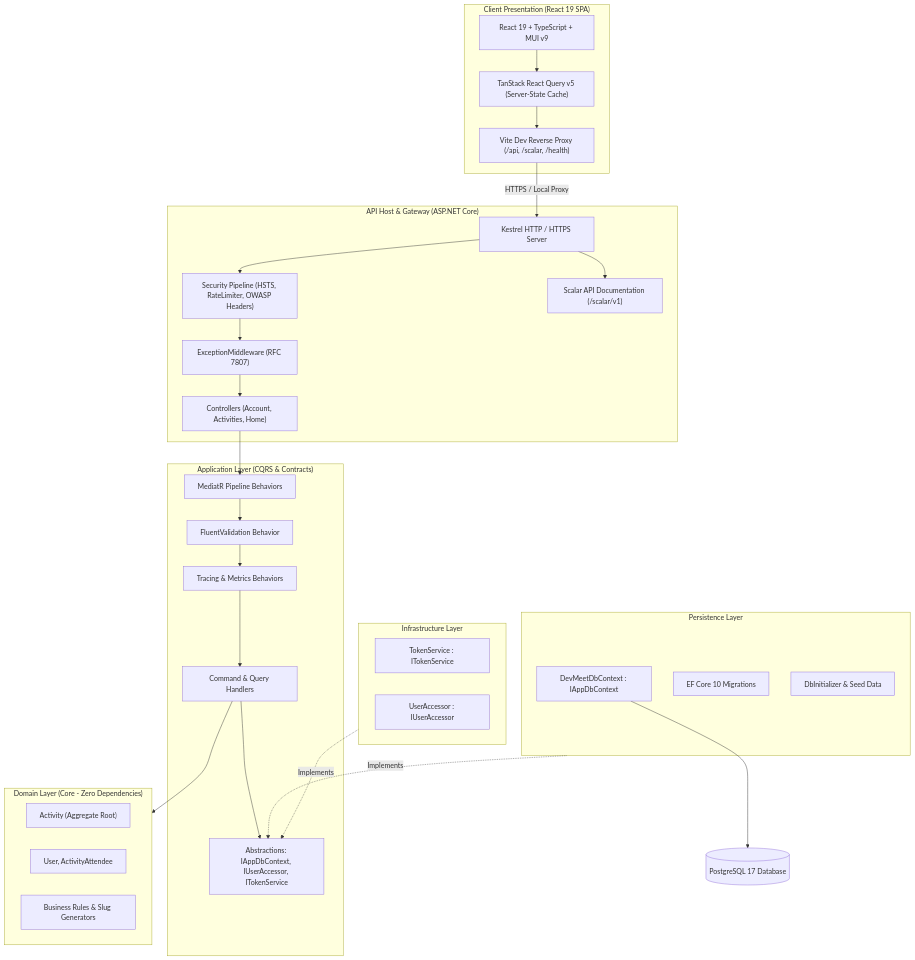
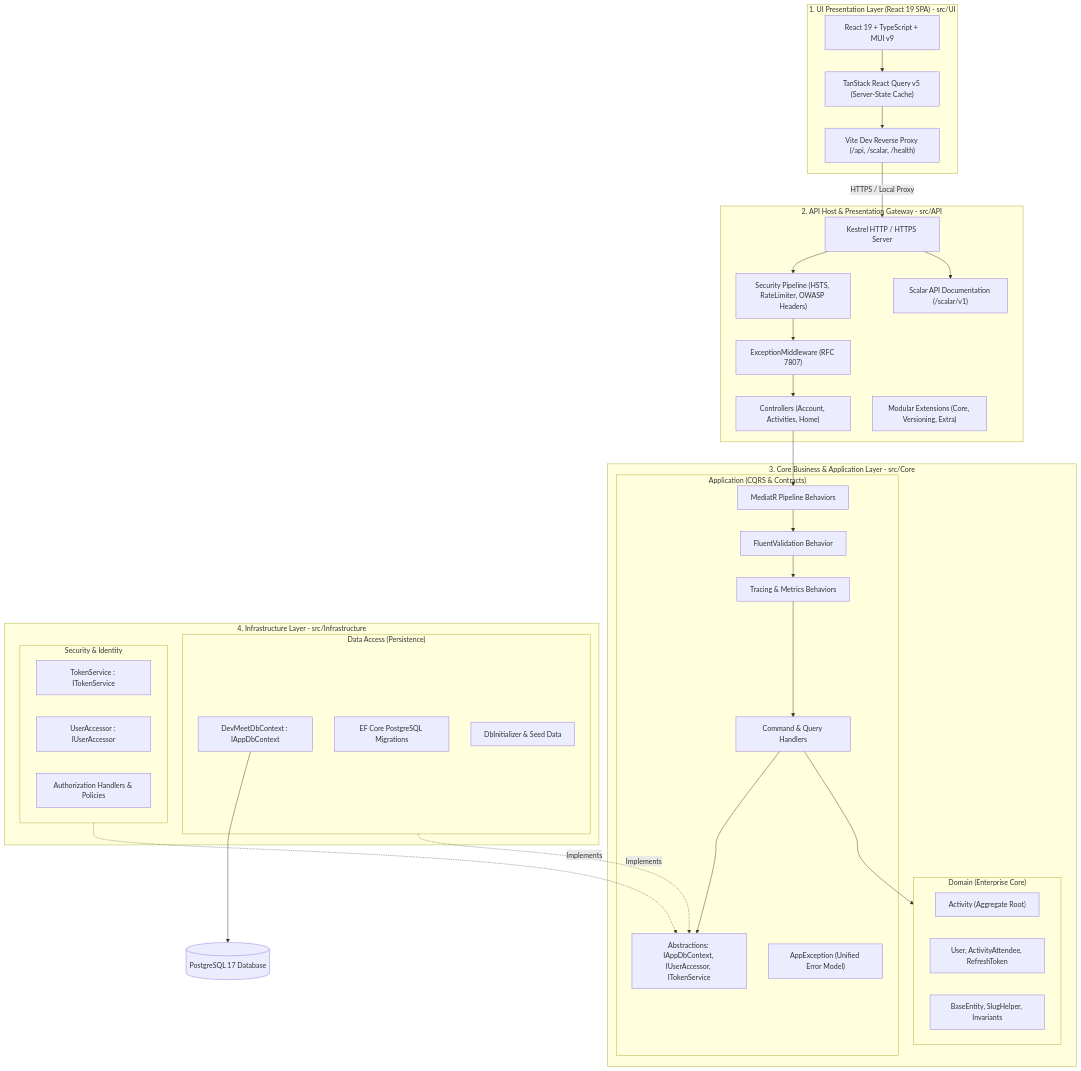
One commit to ahmed-Basal/Event-Hub changed the first of 7 diagrams in ARCHITECTURE.md. Above: the diagram before and after it, drawn with Mermaid. The commit also changed other lines of this file and 2 other files, not shown here.

Commit message:
docs: update README, ARCHITECTURE.md, and UI documentation for 4-layer architecture

````diff
--- a/ARCHITECTURE.md
+++ b/ARCHITECTURE.md
@@ -55,57 +54,61 @@
 ```mermaid
 graph TD
-    subgraph ClientLayer ["Client Presentation (React 19 SPA)"]
+    subgraph UILayer ["1. UI Presentation Layer (React 19 SPA) - src/UI"]
         SPA["React 19 + TypeScript + MUI v9"]
         TanStack["TanStack React Query v5 (Server-State Cache)"]
         ViteProxy["Vite Dev Reverse Proxy (/api, /scalar, /health)"]
         SPA --> TanStack --> ViteProxy
     end
 
-    subgraph APILayer ["API Host & Gateway (ASP.NET Core)"]
+    subgraph APILayer ["2. API Host & Presentation Gateway - src/API"]
         Kestrel["Kestrel HTTP / HTTPS Server"]
         SecurityMW["Security Pipeline (HSTS, RateLimiter, OWASP Headers)"]
         ExceptionMW["ExceptionMiddleware (RFC 7807)"]
         Controllers["Controllers (Account, Activities, Home)"]
+        ApiConfigs["Modular Extensions (Core, Versioning, Extra)"]
         ScalarDocs["Scalar API Documentation (/scalar/v1)"]
         
         Kestrel --> SecurityMW --> ExceptionMW --> Controllers
         Kestrel --> ScalarDocs
     end
 
-    subgraph AppLayer ["Application Layer (CQRS & Contracts)"]
-        MediatRPipeline["MediatR Pipeline Behaviors"]
-        Validation["FluentValidation Behavior"]
-        Tracing["Tracing & Metrics Behaviors"]
-        Handlers["Command & Query Handlers"]
-        Contracts["Abstractions: IAppDbContext, IUserAccessor, ITokenService"]
-        
+    subgraph CoreLayer ["3. Core Business & Application Layer - src/Core"]
+        subgraph DomainSlice ["Domain (Enterprise Core)"]
+            Aggregates["Activity (Aggregate Root)"]
+            Entities["User, ActivityAttendee, RefreshToken"]
+            Common["BaseEntity, SlugHelper, Invariants"]
+        end
+        subgraph AppSlice ["Application (CQRS & Contracts)"]
+            MediatRPipeline["MediatR Pipeline Behaviors"]
+            Validation["FluentValidation Behavior"]
+            Tracing["Tracing & Metrics Behaviors"]
+            Handlers["Command & Query Handlers"]
+            Contracts["Abstractions: IAppDbContext, IUserAccessor, ITokenService"]
+            Exceptions["AppException (Unified Error Model)"]
+        end
         MediatRPipeline --> Validation --> Tracing --> Handlers
+        Handlers --> DomainSlice
     end
 
-    subgraph PersistenceLayer ["Persistence Layer"]
-        DbContext["DevMeetDbContext : IAppDbContext"]
-        EFMigrations["EF Core 10 Migrations"]
-        DbSeed["DbInitializer & Seed Data"]
-    end
-
-    subgraph InfraLayer ["Infrastructure Layer"]
-        JWT["TokenService : ITokenService"]
-        UserAccessor["UserAccessor : IUserAccessor"]
-    end
-
-    subgraph DomainLayer ["Domain Layer (Core - Zero Dependencies)"]
-        Aggregates["Activity (Aggregate Root)"]
-        Entities["User, ActivityAttendee"]
-        Invariants["Business Rules & Slug Generators"]
+    subgraph InfraLayer ["4. Infrastructure Layer - src/Infrastructure"]
+        subgraph DataSlice ["Data Access (Persistence)"]
+            DbContext["DevMeetDbContext : IAppDbContext"]
+            EFMigrations["EF Core PostgreSQL Migrations"]
+            DbSeed["DbInitializer & Seed Data"]
+        end
+        subgraph SecSlice ["Security & Identity"]
+            JWT["TokenService : ITokenService"]
+            UserAccessor["UserAccessor : IUserAccessor"]
+            Policies["Authorization Handlers & Policies"]
+        end
     end
 
     Database[("PostgreSQL 17 Database")]
 
     ViteProxy -->|"HTTPS / Local Proxy"| Kestrel
     Controllers --> MediatRPipeline
     Handlers --> Contracts
-    PersistenceLayer -.->|"Implements"| Contracts
-    InfraLayer -.->|"Implements"| Contracts
-    Handlers --> DomainLayer
+    DataSlice -.->|"Implements"| Contracts
+    SecSlice -.->|"Implements"| Contracts
     DbContext --> Database
 ```
````
